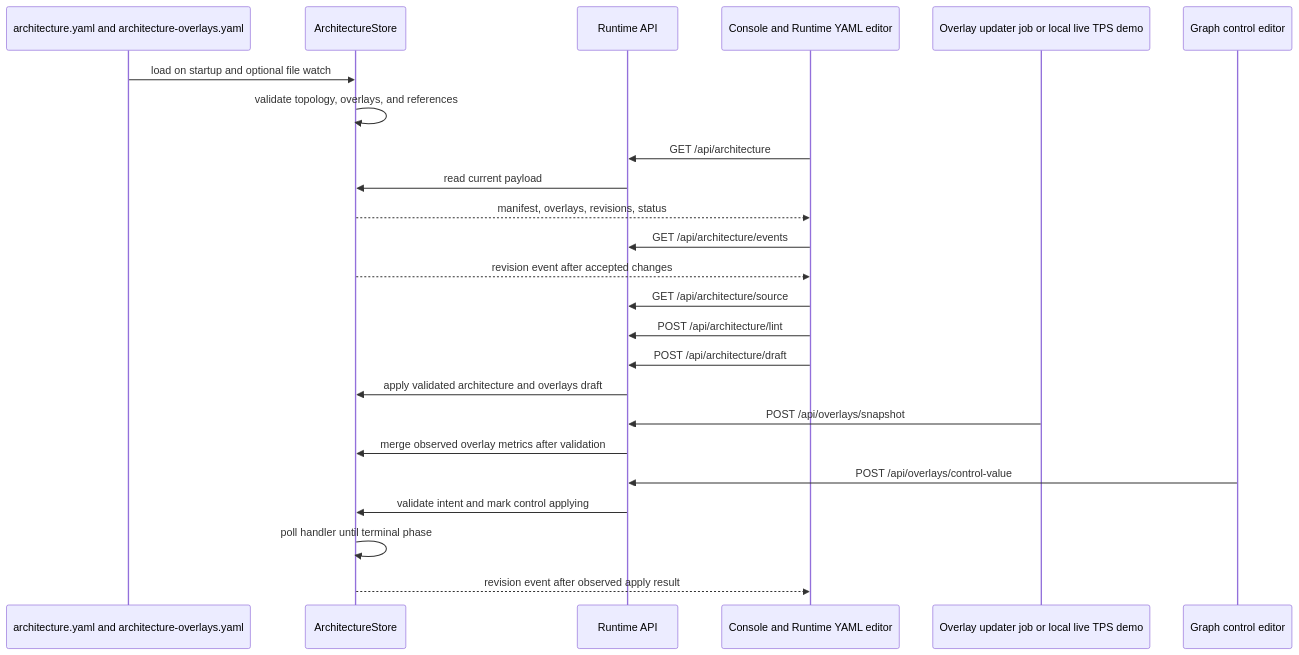
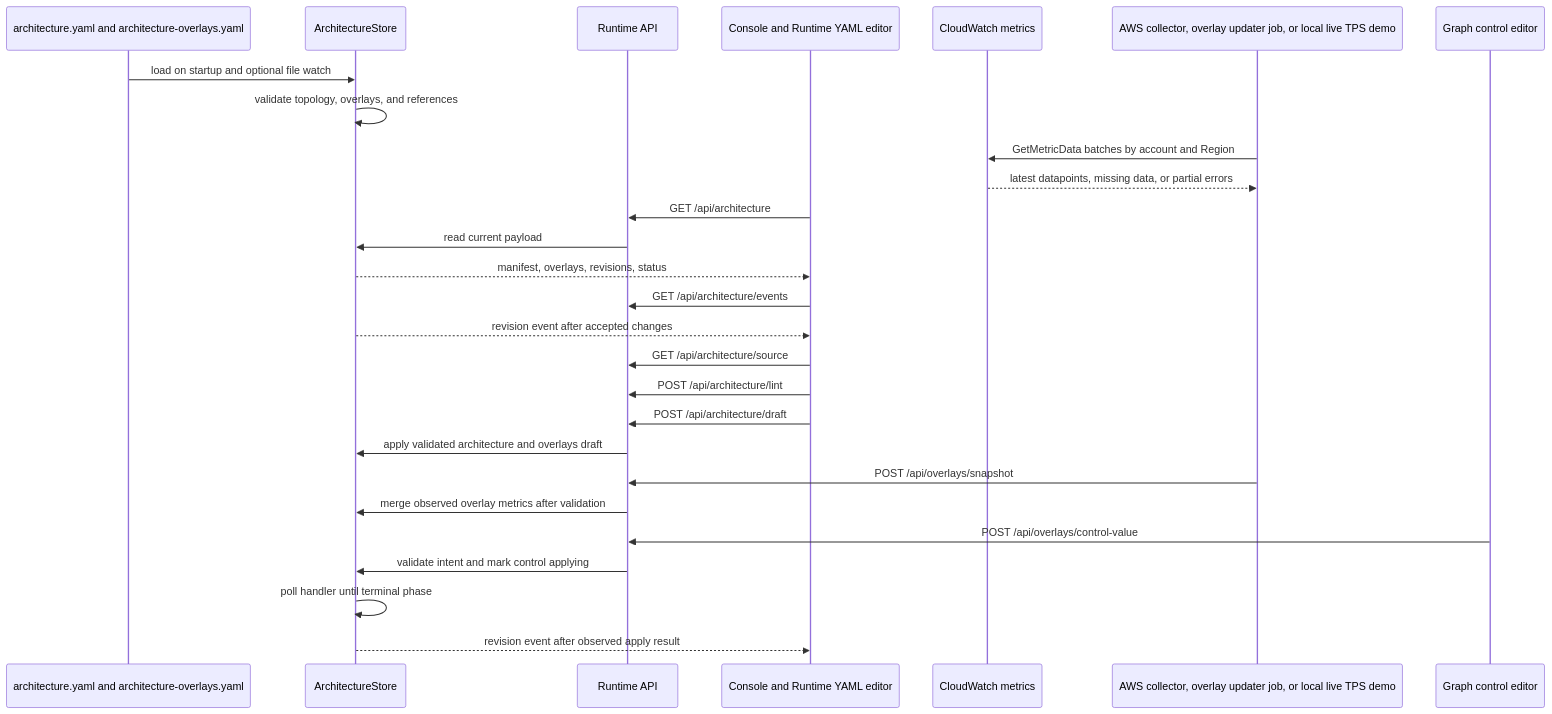
One commit to camerondurham/data-pipeline-traffic-visualizer changed the diagram in README.md. Above: the diagram before and after it, drawn with Mermaid. The commit also changed other lines of this file and 8 other files, not shown here.

Commit message:
Add AWS overlay collector

````diff
--- a/README.md
+++ b/README.md
@@ -35,27 +35,30 @@
 ```mermaid
 sequenceDiagram
   participant Files as architecture.yaml and architecture-overlays.yaml
   participant Store as ArchitectureStore
   participant API as Runtime API
   participant Browser as Console and Runtime YAML editor
-  participant Updater as Overlay updater job or local live TPS demo
+  participant Metrics as CloudWatch metrics
+  participant Updater as AWS collector, overlay updater job, or local live TPS demo
   participant Operator as Graph control editor
 
   Files->>Store: load on startup and optional file watch
   Store->>Store: validate topology, overlays, and references
+  Updater->>Metrics: GetMetricData batches by account and Region
+  Metrics-->>Updater: latest datapoints, missing data, or partial errors
   Browser->>API: GET /api/architecture
   API->>Store: read current payload
   Store-->>Browser: manifest, overlays, revisions, status
   Browser->>API: GET /api/architecture/events
   Store-->>Browser: revision event after accepted changes
   Browser->>API: GET /api/architecture/source
   Browser->>API: POST /api/architecture/lint
   Browser->>API: POST /api/architecture/draft
   API->>Store: apply validated architecture and overlays draft
   Updater->>API: POST /api/overlays/snapshot
   API->>Store: merge observed overlay metrics after validation
   Operator->>API: POST /api/overlays/control-value
   API->>Store: validate intent and mark control applying
   Store->>Store: poll handler until terminal phase
   Store-->>Browser: revision event after observed apply result
 ```
````
